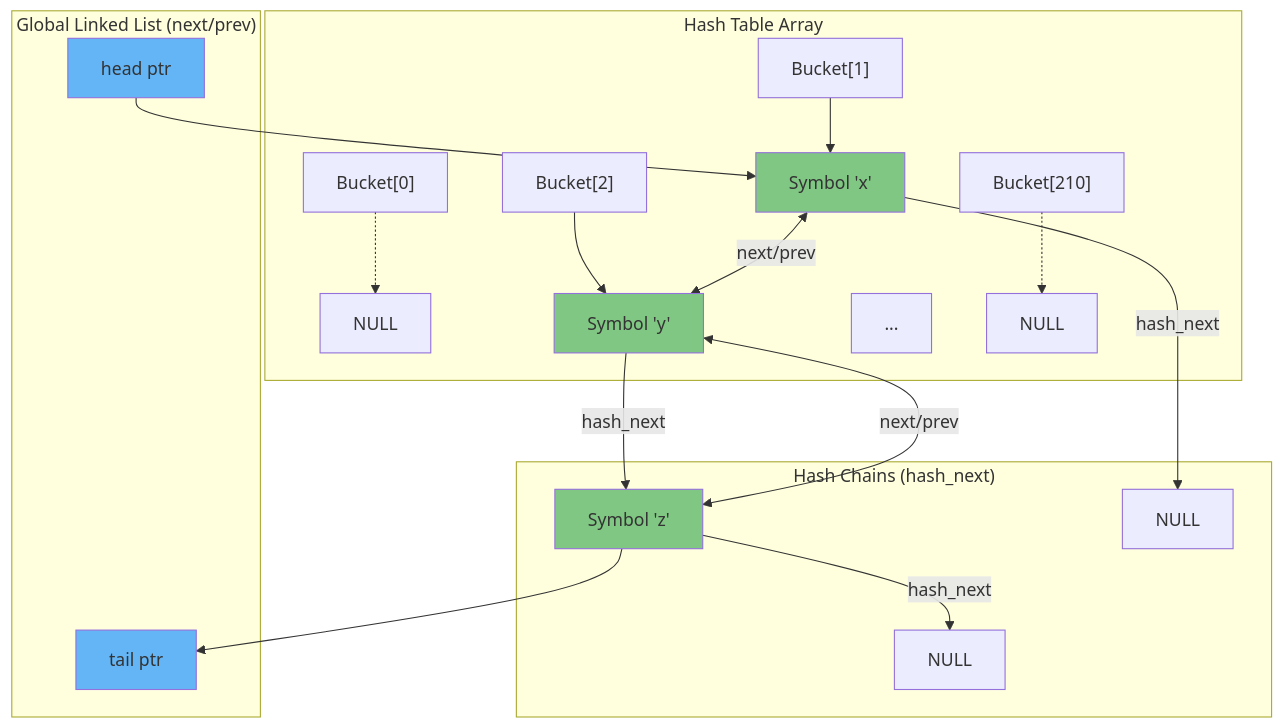
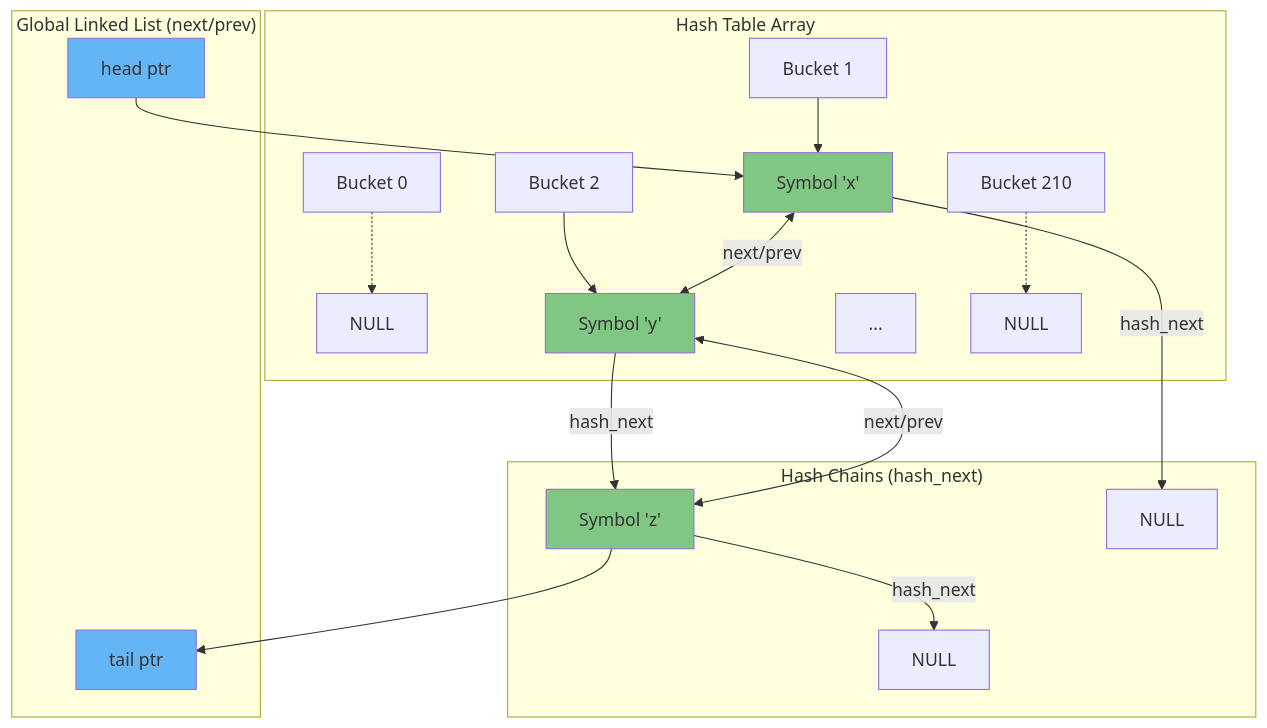
One commit to Uttam-Mahata/Compiler-Design-LAB changed the third of 22 diagrams in Assignment-04-TC/SYMBOL_TABLE_IMPLEMENTATION_EXPLAINED.md. Above: the diagram before and after it, drawn with Mermaid. The commit also changed other lines of this file, not shown here.

Commit message:
Update symbol table documentation: enhance clarity in diagrams and improve terminology consistency

````diff
--- a/Assignment-04-TC/SYMBOL_TABLE_IMPLEMENTATION_EXPLAINED.md
+++ b/Assignment-04-TC/SYMBOL_TABLE_IMPLEMENTATION_EXPLAINED.md
@@ -197,29 +197,29 @@
 ```mermaid
 graph TB
     subgraph "Hash Table Array"
-        HT0["Bucket[0]"] -.-> NULL0[NULL]
-        HT1["Bucket[1]"] --> X[Symbol 'x']
-        HT2["Bucket[2]"] --> Y[Symbol 'y']
+        HT0["Bucket 0"] -.-> NULL0[NULL]
+        HT1["Bucket 1"] --> X[Symbol 'x']
+        HT2["Bucket 2"] --> Y[Symbol 'y']
         HT3["..."]
-        HT210["Bucket[210]"] -.-> NULL210[NULL]
+        HT210["Bucket 210"] -.-> NULL210[NULL]
     end
     
     subgraph "Hash Chains (hash_next)"
         Y --> |hash_next| Z[Symbol 'z']
         Z --> |hash_next| NULLZ[NULL]
         X --> |hash_next| NULLX[NULL]
     end
     
     subgraph "Global Linked List (next/prev)"
         HEAD[head ptr] --> X
         X <--> |next/prev| Y
         Y <--> |next/prev| Z
         Z --> TAIL[tail ptr]
     end
     
     style X fill:#81c784
     style Y fill:#81c784
     style Z fill:#81c784
     style HEAD fill:#64b5f6
     style TAIL fill:#64b5f6
 ```
````
